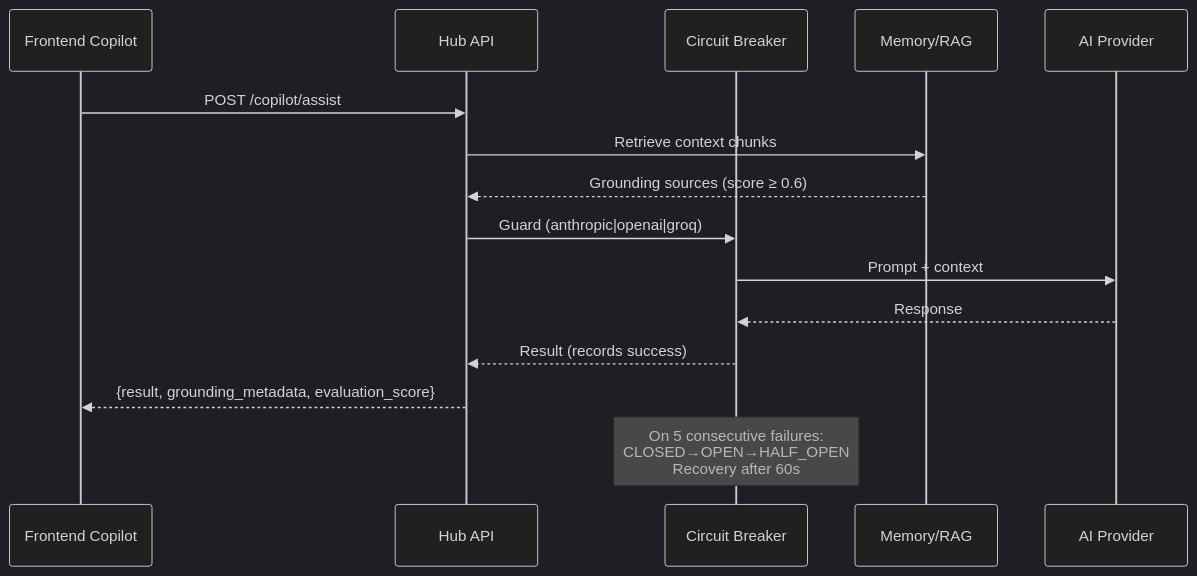
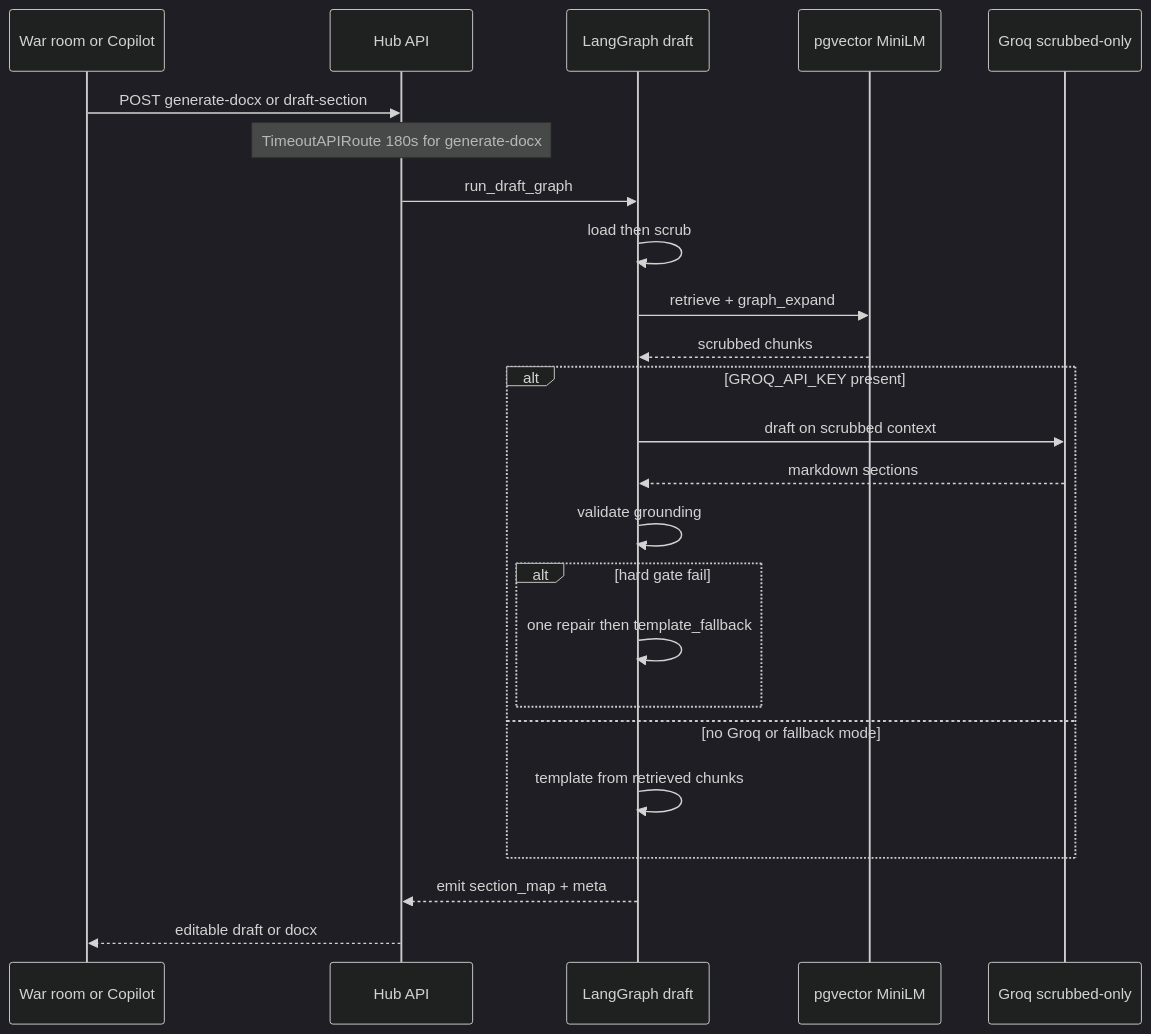
One commit to sanjayrkshetty/presales-hub changed the third of 4 diagrams in docs/architecture/data-flow.md. Above: the diagram before and after it, drawn with Mermaid (dark theme). The commit also changed other lines of this file and 21 other files, not shown here.

First line of the commit message:
docs: align architecture with G1 / Post-G1 reality (#8)

````diff
--- a/docs/architecture/data-flow.md
+++ b/docs/architecture/data-flow.md
@@ -46,19 +48,27 @@
 ```mermaid
 sequenceDiagram
-    participant FE as Frontend Copilot
+    participant FE as War room or Copilot
     participant API as Hub API
-    participant CB as Circuit Breaker
-    participant RAG as Memory/RAG
-    participant AI as AI Provider
+    participant G as LangGraph draft
+    participant VS as pgvector MiniLM
+    participant GR as Groq scrubbed-only
 
-    FE->>API: POST /copilot/assist
-    API->>RAG: Retrieve context chunks
-    RAG-->>API: Grounding sources (score ≥ 0.6)
-    API->>CB: Guard (anthropic|openai|groq)
-    CB->>AI: Prompt + context
-    AI-->>CB: Response
-    CB-->>API: Result (records success)
-    API-->>FE: {result, grounding_metadata, evaluation_score}
-
-    note over CB: On 5 consecutive failures:<br/>CLOSED→OPEN→HALF_OPEN<br/>Recovery after 60s
+    FE->>API: POST generate-docx or draft-section
+    Note over API: TimeoutAPIRoute 180s for generate-docx
+    API->>G: run_draft_graph
+    G->>G: load then scrub
+    G->>VS: retrieve + graph_expand
+    VS-->>G: scrubbed chunks
+    alt GROQ_API_KEY present
+        G->>GR: draft on scrubbed context
+        GR-->>G: markdown sections
+        G->>G: validate grounding
+        alt hard gate fail
+            G->>G: one repair then template_fallback
+        end
+    else no Groq or fallback mode
+        G->>G: template from retrieved chunks
+    end
+    G-->>API: emit section_map + meta
+    API-->>FE: editable draft or docx
 ```
````
